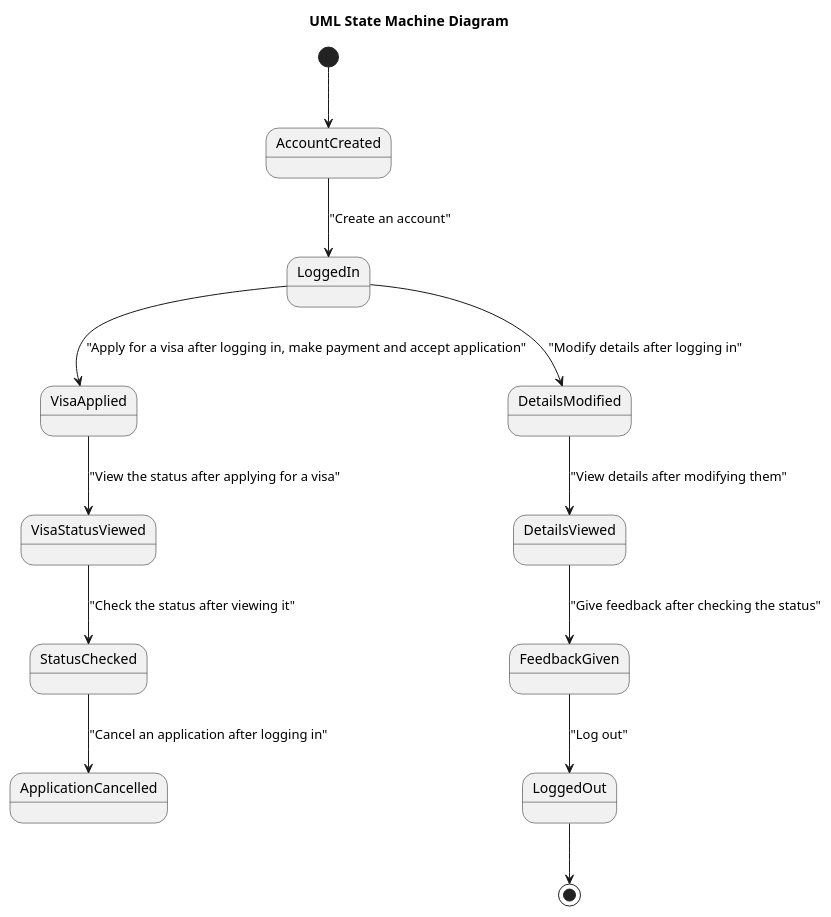
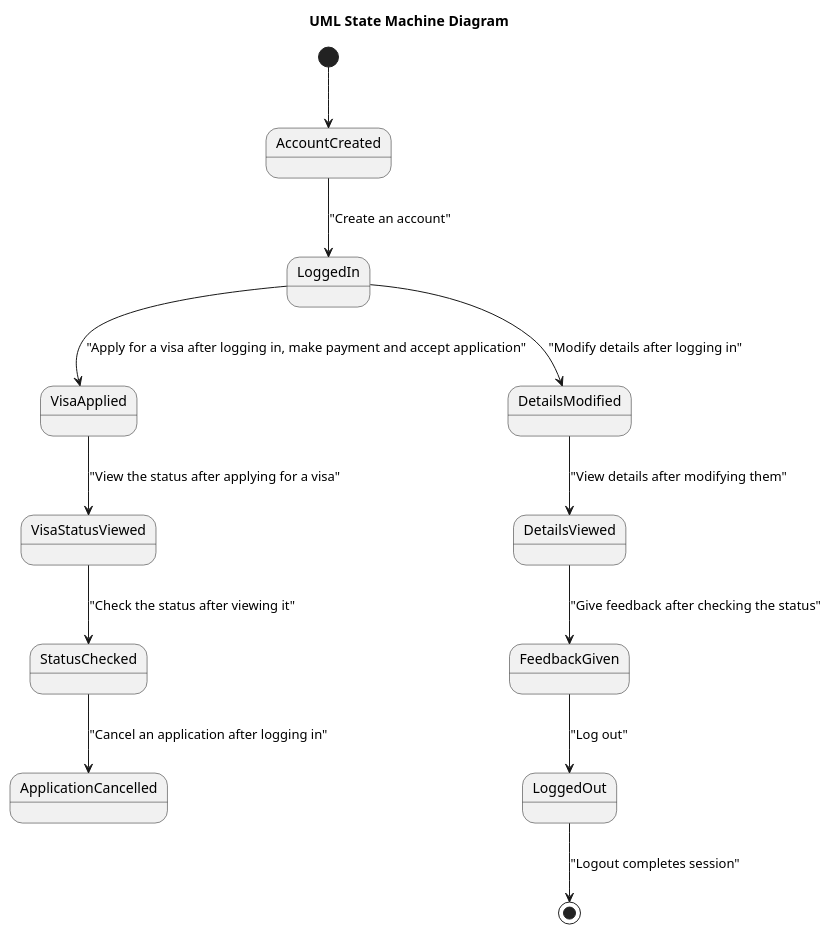
One commit to maimunafaria/State_transition_Diagram_generated_by_LLM changed the diagram in results/plantuml_pipeline_run2/runs/open_source__qwen25_7b_instruct__rag_validation_generator_critic_repair/case_32_e_visa_processing_and_follow_up_system/run_01.repair_01.puml. Above: the diagram before and after it, drawn with PlantUML. The commit also changed 148 other files, not shown here.

```diff
--- a/results/plantuml_pipeline_run2/runs/open_source__qwen25_7b_instruct__rag_validation_generator_critic_repair/case_32_e_visa_processing_and_follow_up_system/run_01.repair_01.puml
+++ b/results/plantuml_pipeline_run2/runs/open_source__qwen25_7b_instruct__rag_validation_generator_critic_repair/case_32_e_visa_processing_and_follow_up_system/run_01.repair_01.puml
@@ -1,16 +1,17 @@
 @startuml
 title UML State Machine Diagram
 
 [*] --> AccountCreated
 AccountCreated --> LoggedIn : "Create an account"
 LoggedIn --> VisaApplied : "Apply for a visa after logging in, make payment and accept application"
 VisaApplied --> VisaStatusViewed : "View the status after applying for a visa"
 VisaStatusViewed --> StatusChecked : "Check the status after viewing it"
 StatusChecked --> ApplicationCancelled : "Cancel an application after logging in"
 LoggedIn --> DetailsModified : "Modify details after logging in"
 DetailsModified --> DetailsViewed : "View details after modifying them"
 DetailsViewed --> FeedbackGiven : "Give feedback after checking the status"
 FeedbackGiven --> LoggedOut : "Log out"
-LoggedOut --> [*]
+
+LoggedOut --> [*] : "Logout completes session"
 
 @enduml
```
